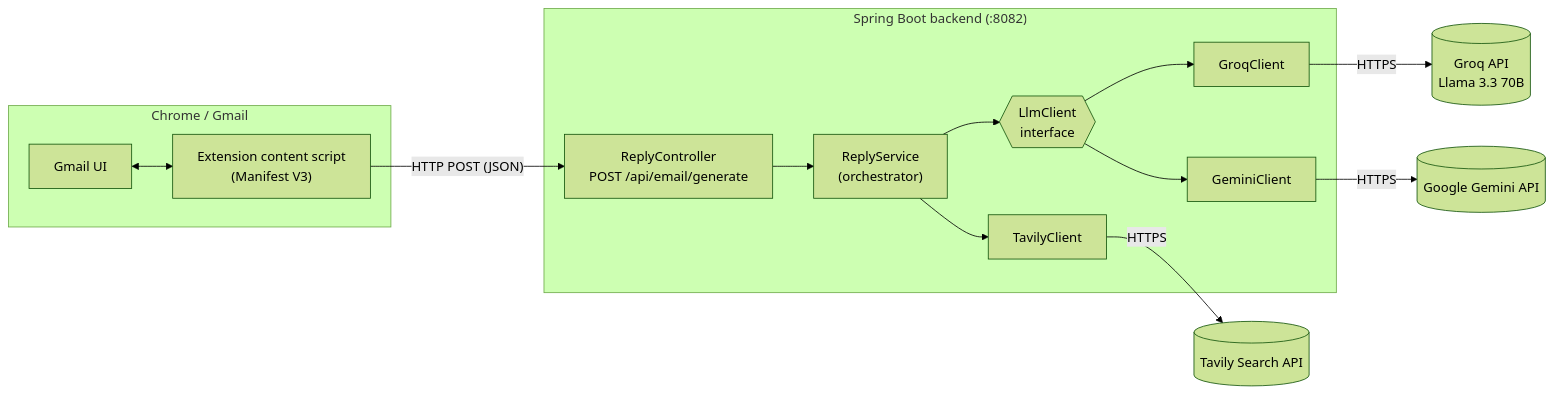
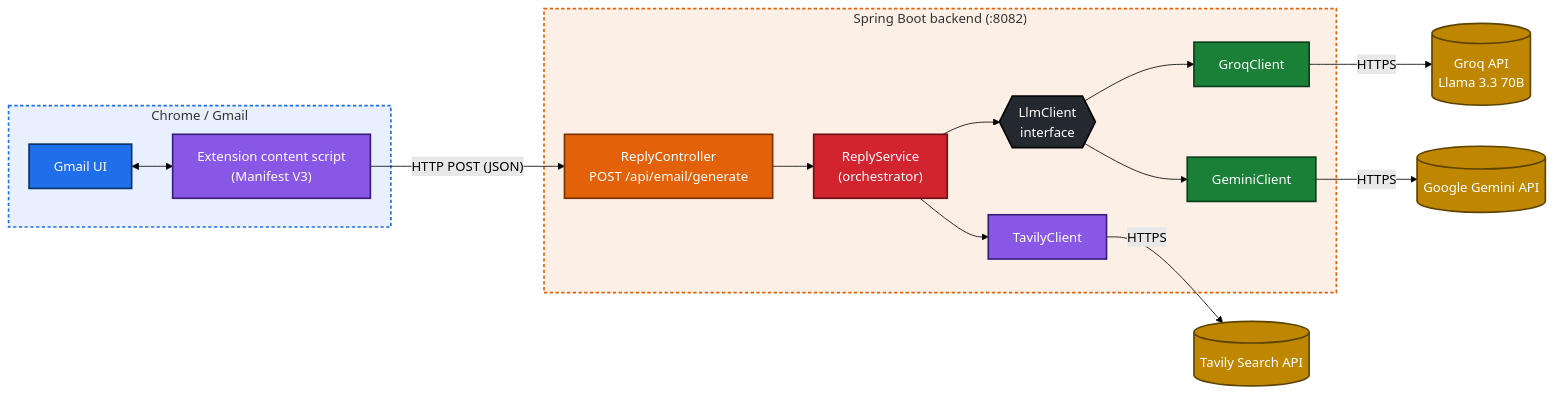
The first of 3 diagrams in README.md (sourabhvamdevan/smart-mail-reply-chrome-extension), drawn with Mermaid (forest theme) before and after one commit. The commit also changed other lines of this file, not shown here.

First line of the commit message:
Enhance README with updated diagrams and styling

````diff
--- a/README.md
+++ b/README.md
@@ -48,27 +48,45 @@
 ```mermaid
 flowchart LR
     subgraph Browser["Chrome / Gmail"]
         G["Gmail UI"]
         E["Extension content script<br/>(Manifest V3)"]
         G <--> E
     end
 
     subgraph Backend["Spring Boot backend (:8082)"]
         C["ReplyController<br/>POST /api/email/generate"]
         S["ReplyService<br/>(orchestrator)"]
         T["TavilyClient"]
         L{{"LlmClient<br/>interface"}}
         GR["GroqClient"]
         GM["GeminiClient"]
         C --> S
         S --> T
         S --> L
         L --> GR
         L --> GM
     end
 
     E -- "HTTP POST (JSON)" --> C
     T -- "HTTPS" --> TV[("Tavily Search API")]
     GR -- "HTTPS" --> GQ[("Groq API<br/>Llama 3.3 70B")]
     GM -- "HTTPS" --> GE[("Google Gemini API")]
+
+    classDef ext fill:#1f6feb,stroke:#0a3069,color:#ffffff,stroke-width:2px
+    classDef ingest fill:#8957e5,stroke:#3b1e7a,color:#ffffff,stroke-width:2px
+    classDef store fill:#bf8700,stroke:#5c4400,color:#ffffff,stroke-width:2px
+    classDef engine fill:#d1242f,stroke:#6e1018,color:#ffffff,stroke-width:2px
+    classDef api fill:#e36209,stroke:#7a3300,color:#ffffff,stroke-width:2px
+    classDef front fill:#1a7f37,stroke:#0b3d1a,color:#ffffff,stroke-width:2px
+    classDef view fill:#0e8a8a,stroke:#054545,color:#ffffff,stroke-width:2px
+    classDef dark fill:#24292f,stroke:#000000,color:#ffffff,stroke-width:2px
+    class G ext
+    class E,T ingest
+    class C api
+    class S engine
+    class L dark
+    class GR,GM front
+    class TV,GQ,GE store
+    style Browser fill:#1f6feb1a,stroke:#1f6feb,stroke-width:2px,stroke-dasharray:4 3
+    style Backend fill:#e362091a,stroke:#e36209,stroke-width:2px,stroke-dasharray:4 3
 ```
````
